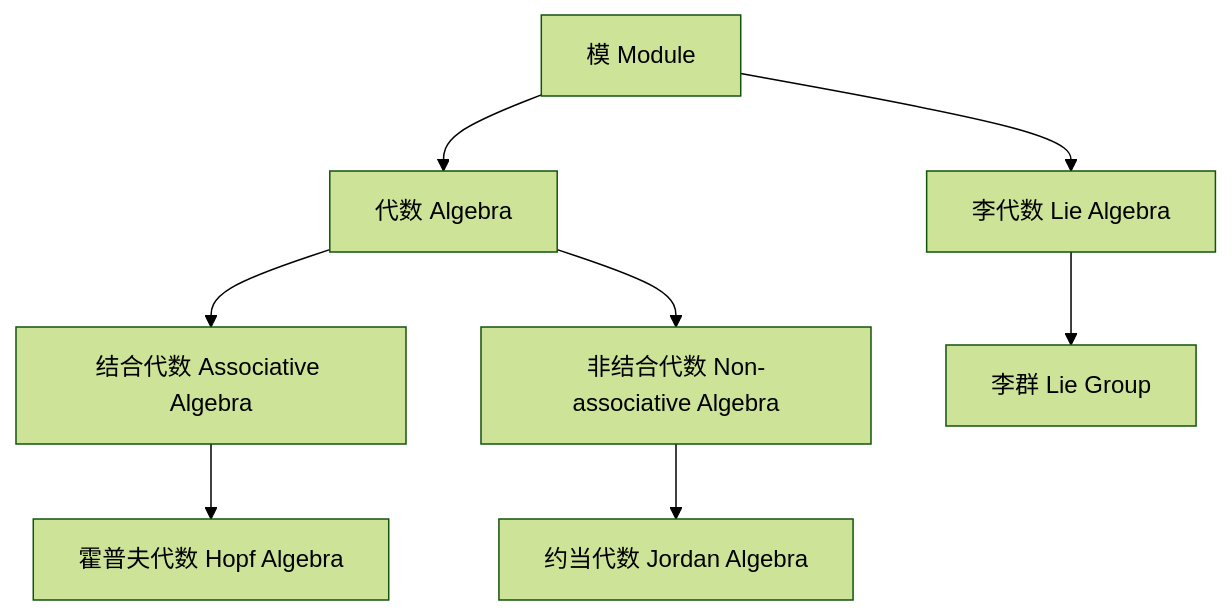
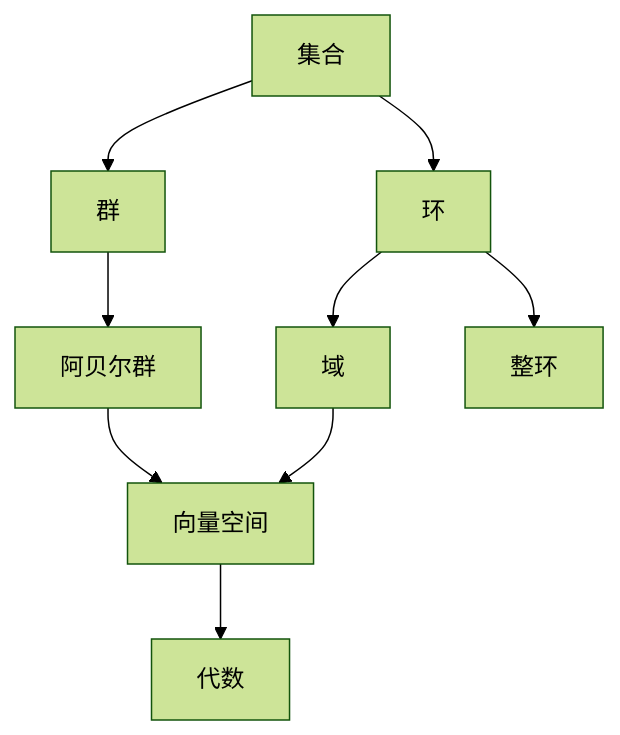
Before and after one commit to AdaMartin18010/Mathematics: the second of 2 diagrams in Math/Refactor/03-代数结构与理论/00-代数结构与理论总览.md, drawn with Mermaid (forest theme). The commit also changed other lines of this file and 1 other file, not shown here.

````diff
--- a/Math/Refactor/03-代数结构与理论/00-代数结构与理论总览.md
+++ b/Math/Refactor/03-代数结构与理论/00-代数结构与理论总览.md
@@ -47,10 +269,11 @@
 ```mermaid
 graph TD
-    A[模 Module] --> B[代数 Algebra]
-    A --> C[李代数 Lie Algebra]
-    B --> D[结合代数 Associative Algebra]
-    B --> E[非结合代数 Non-associative Algebra]
-    C --> F[李群 Lie Group]
-    D --> G[霍普夫代数 Hopf Algebra]
-    E --> H[约当代数 Jordan Algebra]
+    A[集合] --> B[群]
+    A --> C[环]
+    B --> D[阿贝尔群]
+    C --> E[域]
+    C --> F[整环]
+    D --> G[向量空间]
+    E --> G
+    G --> H[代数]
 ```
````
